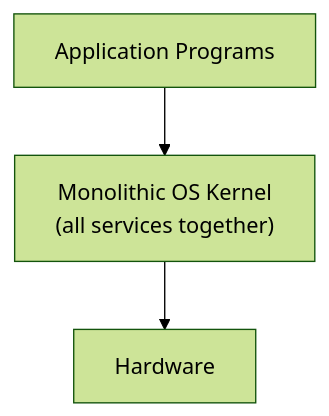
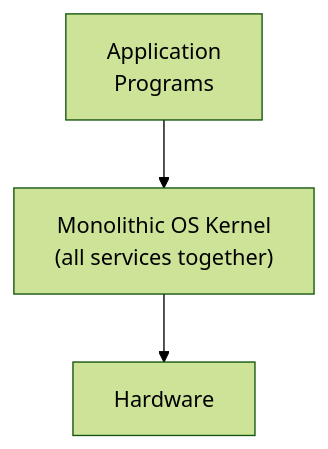
Before and after one commit to amitdevx/TY: the second of 5 diagrams in 01-Semester-V/CS-302-MJ-T-Operating-Systems/Unit-1.md, drawn with Mermaid (forest theme). The commit also changed other lines of this file and 65 other files, not shown here.

Commit message:
fix:graph vertical

````diff
--- a/01-Semester-V/CS-302-MJ-T-Operating-Systems/Unit-1.md
+++ b/01-Semester-V/CS-302-MJ-T-Operating-Systems/Unit-1.md
@@ -114,5 +114,5 @@
 ```mermaid
 graph TD
-    A["Application Programs"] --> B["Monolithic OS Kernel<br/>(all services together)"]
+    A["Application<br/>Programs"] --> B["Monolithic OS Kernel<br/>(all services together)"]
     B --> C["Hardware"]
 ```
````
